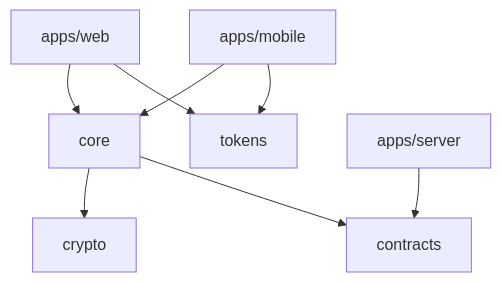
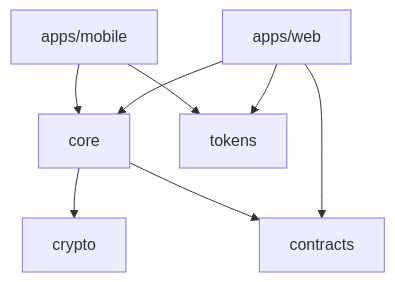
The second of 4 diagrams in ARCHITECTURE.md (rijalsolahudin/improve-personal-web), drawn with Mermaid before and after one commit. The commit also changed other lines of this file and 163 other files, not shown here.

Commit message:
feat: add QA report for backend apps/web (PRD T19 + T21) with detailed test coverage and findings

````diff
--- a/ARCHITECTURE.md
+++ b/ARCHITECTURE.md
@@ -100,10 +102,10 @@
 ```mermaid
 flowchart TD
   web[apps/web] --> core
   mobile[apps/mobile] --> core
   web --> tokens
   mobile --> tokens
-  server[apps/server] --> contracts
+  web --> contracts
   core --> crypto
   core --> contracts
 ```
````
